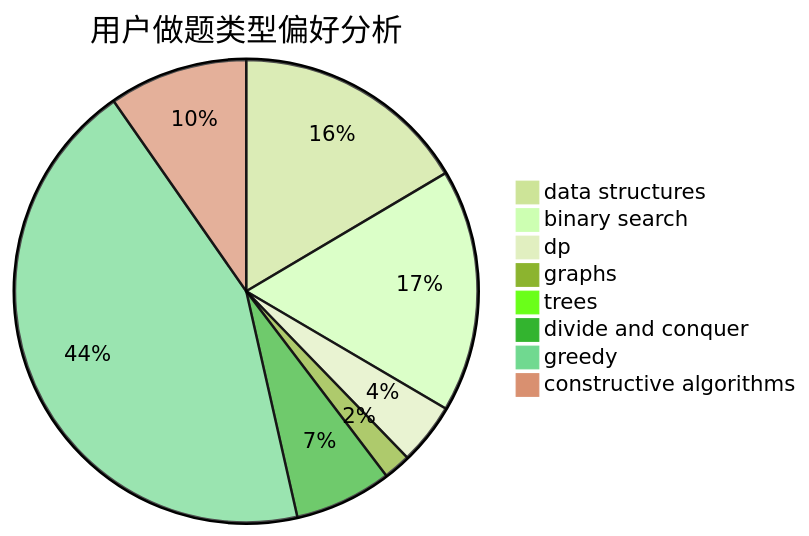
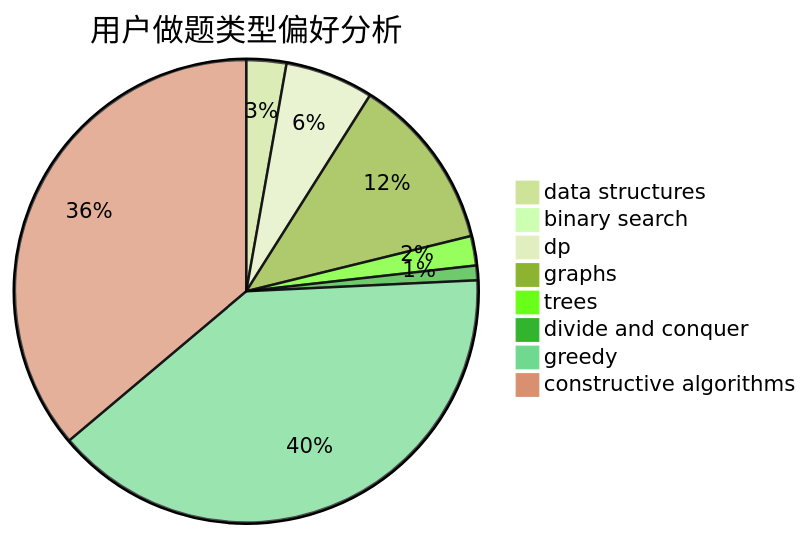
The second of 3 diagrams in docs/user/u817.md (sherpahu/cfrs.github.io), drawn with Mermaid (forest theme) before and after one commit. The commit also changed other lines of this file and 2770 other files, not shown here.

````diff
--- a/docs/user/u817.md
+++ b/docs/user/u817.md
@@ -23,11 +23,11 @@
 ```mermaid
 pie title 用户做题类型偏好分析
-    "data structures" :  165
-    "binary search" :  170
-    "dp" :  43
-    "graphs" :  19
-    "trees" :  5
-    "divide and conquer" :  68
-    "greedy" :  439
-    "constructive algorithms" :  97
+    "data structures" :  38
+    "binary search" :  1
+    "dp" :  84
+    "graphs" :  166
+    "trees" :  28
+    "divide and conquer" :  14
+    "greedy" :  539
+    "constructive algorithms" :  492
 ```
````
